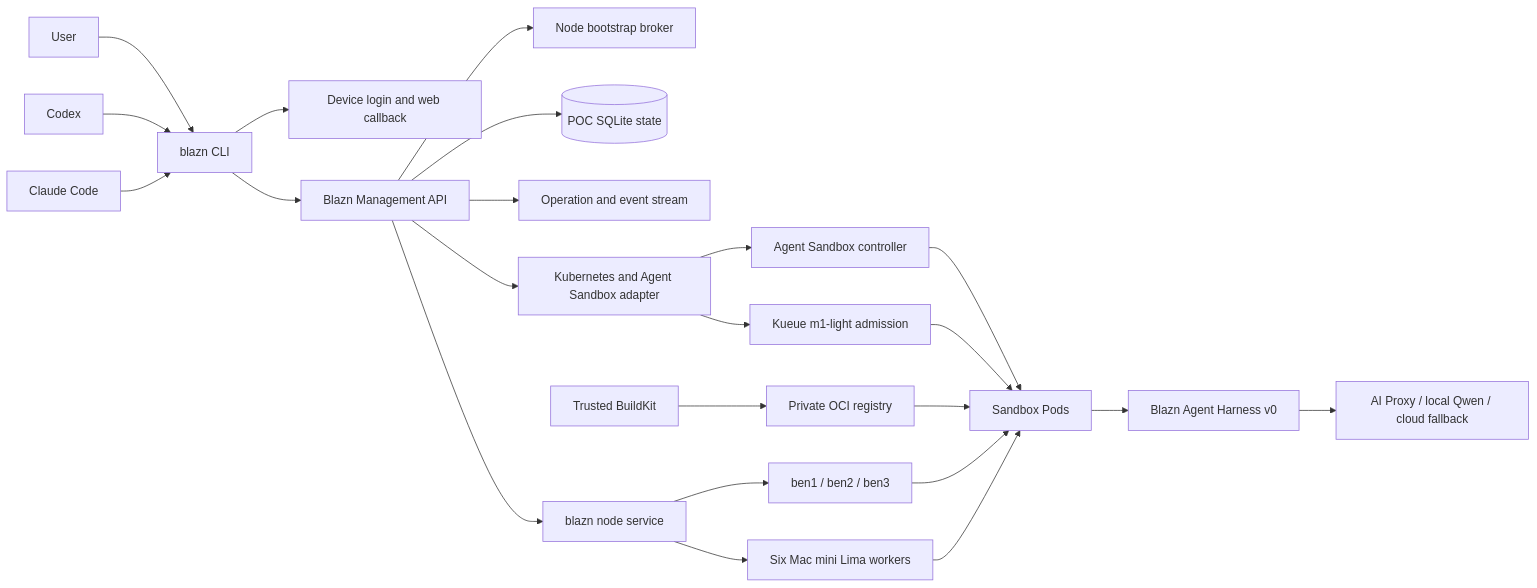
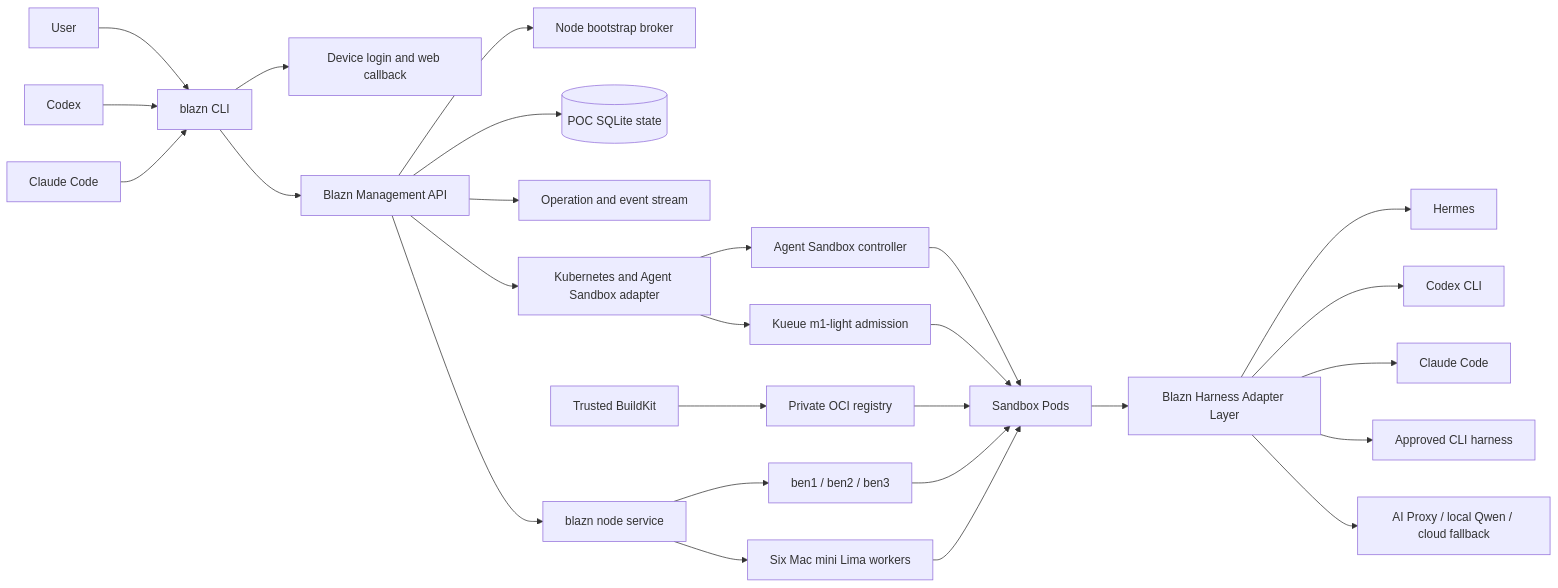
Before and after one commit to blazncloud/blazn: the diagram in docs/poc-execution-plan.md, drawn with Mermaid. The commit also changed other lines of this file, not shown here.

Commit message:
docs: require interchangeable agent harnesses

````diff
--- a/docs/poc-execution-plan.md
+++ b/docs/poc-execution-plan.md
@@ -185,46 +187,54 @@
 ```mermaid
 flowchart LR
     User[User]
     Codex[Codex]
     Claude[Claude Code]
     CLI[blazn CLI]
     Auth[Device login and web callback]
     API[Blazn Management API]
     Broker[Node bootstrap broker]
     DB[(POC SQLite state)]
     Events[Operation and event stream]
     NodeSvc[blazn node service]
     Adapter[Kubernetes and Agent Sandbox adapter]
     Kueue[Kueue m1-light admission]
     AS[Agent Sandbox controller]
     Sandbox[Sandbox Pods]
-    Harness[Blazn Agent Harness v0]
+    Harness[Blazn Harness Adapter Layer]
+    Hermes[Hermes]
+    CodexRuntime[Codex CLI]
+    ClaudeRuntime[Claude Code]
+    GenericRuntime[Approved CLI harness]
     Proxy[AI Proxy / local Qwen / cloud fallback]
     Registry[Private OCI registry]
     BuildKit[Trusted BuildKit]
     Linux[ben1 / ben2 / ben3]
     Macs[Six Mac mini Lima workers]
 
     User --> CLI
     Codex --> CLI
     Claude --> CLI
     CLI --> Auth
     CLI --> API
     API --> Broker
     API --> DB
     API --> Events
     API --> Adapter
     API --> NodeSvc
     Adapter --> AS
     Adapter --> Kueue
     AS --> Sandbox
     Kueue --> Sandbox
     Sandbox --> Harness
+    Harness --> Hermes
+    Harness --> CodexRuntime
+    Harness --> ClaudeRuntime
+    Harness --> GenericRuntime
     Harness --> Proxy
     BuildKit --> Registry
     Registry --> Sandbox
     NodeSvc --> Linux
     NodeSvc --> Macs
     Linux --> Sandbox
     Macs --> Sandbox
 ```
````
